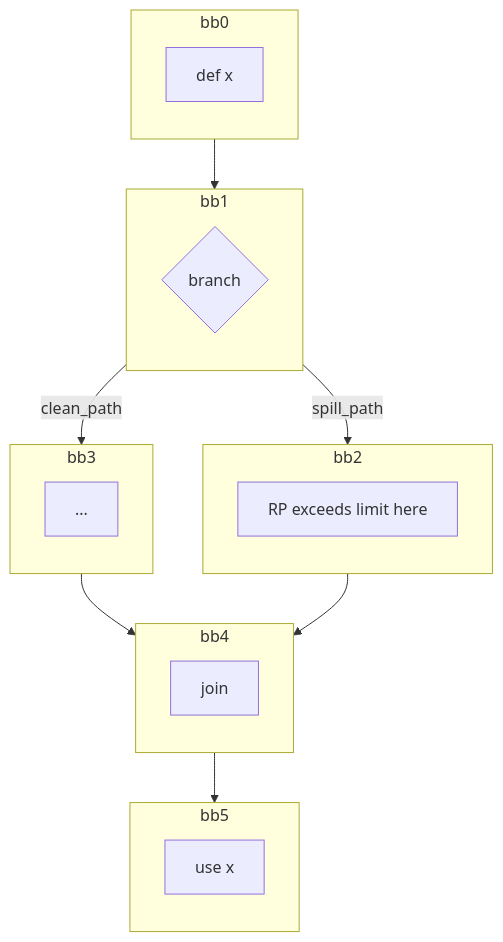
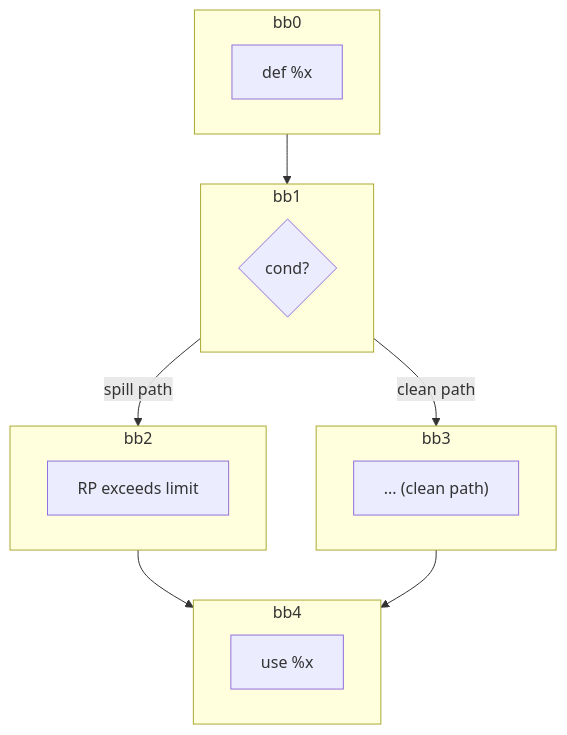
Before and after one commit to alex-t/ssa-spiller-docs: diagram 14 of 15 in SSA_Spiller/04-Design/SSA_SPILLER_DESIGN.md, drawn with Mermaid. The commit also changed other lines of this file, not shown here.

````diff
--- a/SSA_Spiller/04-Design/SSA_SPILLER_DESIGN.md
+++ b/SSA_Spiller/04-Design/SSA_SPILLER_DESIGN.md
@@ -284,39 +593,28 @@
 ```mermaid
 flowchart TD
   subgraph b_bb0[bb0]
-    direction TB
-    b_bb0_i1["def x"]
+    b_def["def %x"]
   end
 
   subgraph b_bb1[bb1]
-    direction TB
-    b_bb1_t{"branch"}
+    b_branch{"cond?"}
   end
 
   subgraph b_bb2[bb2]
-    direction TB
-    b_bb2_i1["RP exceeds limit here"]
+    b_highRP["RP exceeds limit"]
   end
 
   subgraph b_bb3[bb3]
-    direction TB
-    b_bb3_i1["..."]
+    b_clean["... (clean path)"]
   end
 
   subgraph b_bb4[bb4]
-    direction TB
-    b_bb4_i1["join"]
+    b_join["use %x"]
   end
 
-  subgraph b_bb5[bb5]
-    direction TB
-    b_bb5_i1["use x"]
-  end
-
-  b_bb0_i1 --> b_bb1_t
-  b_bb1_t -->|"spill_path"| b_bb2_i1
-  b_bb1_t -->|"clean_path"| b_bb3_i1
-  b_bb2_i1 --> b_bb4_i1
-  b_bb3_i1 --> b_bb4_i1
-  b_bb4_i1 --> b_bb5_i1
+  b_bb0 --> b_bb1
+  b_bb1 -->|"spill path"| b_bb2
+  b_bb1 -->|"clean path"| b_bb3
+  b_bb2 --> b_bb4
+  b_bb3 --> b_bb4
 ```
````
